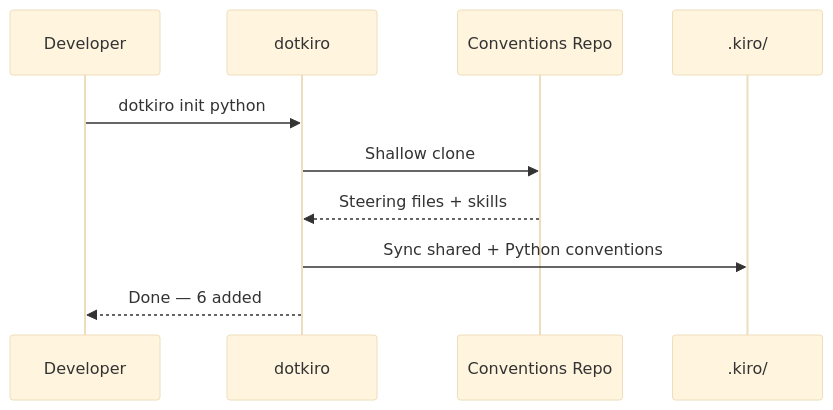
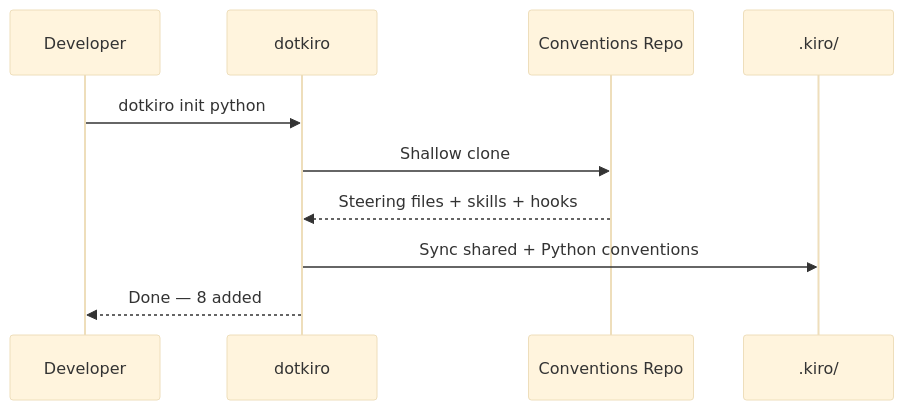
One commit to Mistborn94/dotkiro changed the second of 2 diagrams in BLOG.md. Above: the diagram before and after it, drawn with Mermaid (base theme). The commit also changed other lines of this file and 10 other files, not shown here.

````diff
--- a/BLOG.md
+++ b/BLOG.md
@@ -56,13 +63,13 @@
 ```mermaid
 sequenceDiagram
     participant Dev as Developer
     participant CLI as dotkiro
     participant Repo as Conventions Repo
     participant Project as .kiro/
 
     Dev->>CLI: dotkiro init python
     CLI->>Repo: Shallow clone
-    Repo-->>CLI: Steering files + skills
+    Repo-->>CLI: Steering files + skills + hooks
     CLI->>Project: Sync shared + Python conventions
-    CLI-->>Dev: Done — 6 added
+    CLI-->>Dev: Done — 8 added
 ```
````
